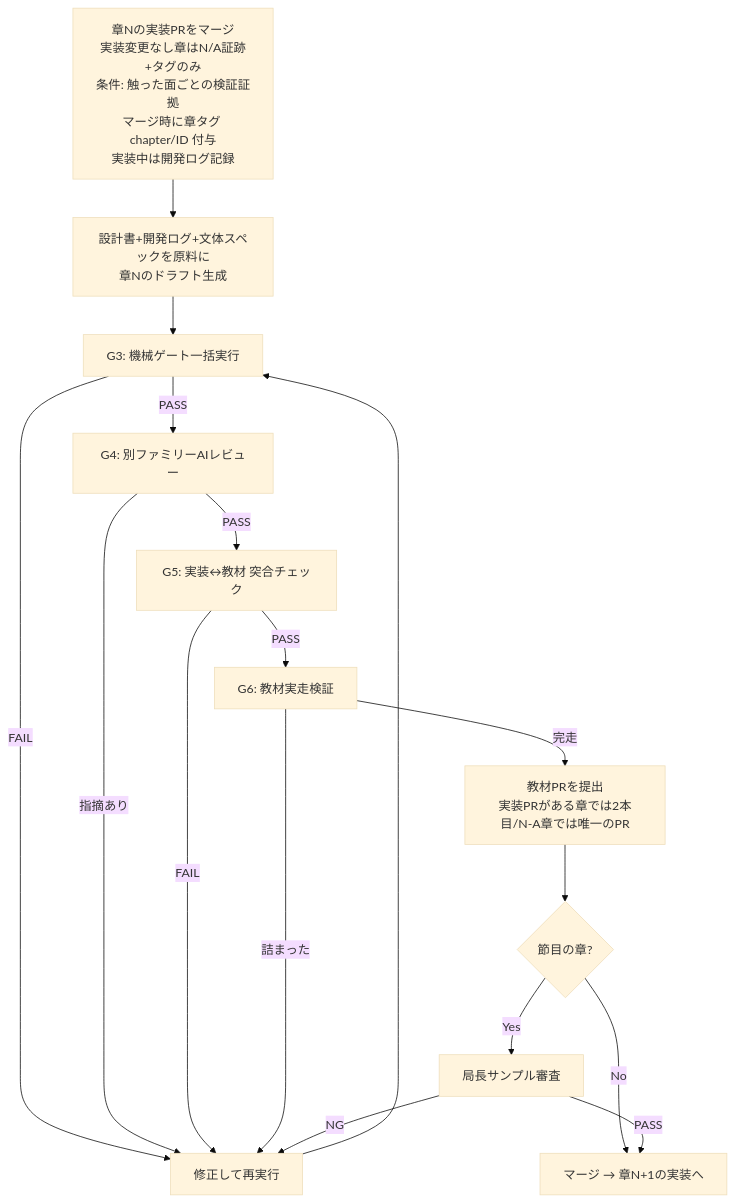
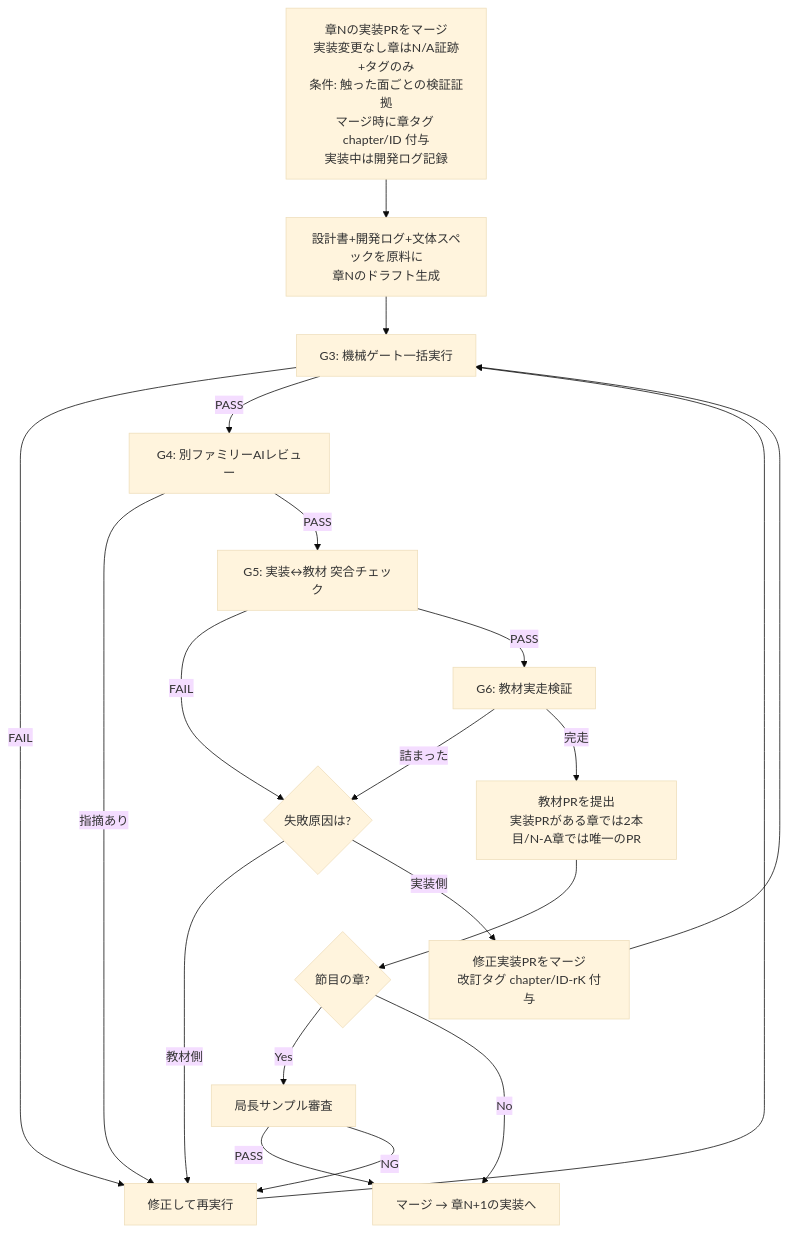
Before and after one commit to kouiso/sns-app: the diagram in material/10_教材制作フロー.md, drawn with Mermaid (base theme). The commit also changed 3 other files, not shown here.

Commit message:
docs: Codex敵対レビューRound 10の2件(M1/m1)を処置(図の原因分岐+分類(c)状態)

````diff
--- a/material/10_教材制作フロー.md
+++ b/material/10_教材制作フロー.md
@@ -128,18 +128,20 @@
 ```mermaid
 flowchart TD
   Z[章Nの実装PRをマージ<br>実装変更なし章はN/A証跡+タグのみ<br>条件: 触った面ごとの検証証拠<br>マージ時に章タグ chapter/ID 付与<br>実装中は開発ログ記録] --> A[設計書+開発ログ+文体スペックを原料に<br>章Nのドラフト生成]
   A --> B[G3: 機械ゲート一括実行]
   B -->|FAIL| A2[修正して再実行] --> B
   B -->|PASS| C[G4: 別ファミリーAIレビュー]
   C -->|指摘あり| A2
   C -->|PASS| D[G5: 実装↔教材 突合チェック]
-  D -->|FAIL| A2
+  D -->|FAIL| Q{失敗原因は?}
   D -->|PASS| D2[G6: 教材実走検証]
-  D2 -->|詰まった| A2
+  D2 -->|詰まった| Q
+  Q -->|教材側| A2
+  Q -->|実装側| Z2[修正実装PRをマージ<br>改訂タグ chapter/ID-rK 付与] --> B
   D2 -->|完走| E[教材PRを提出<br>実装PRがある章では2本目/N-A章では唯一のPR]
   E --> F{節目の章?}
   F -->|Yes| G[局長サンプル審査]
   F -->|No| H[マージ → 章N+1の実装へ]
   G -->|PASS| H
   G -->|NG| A2
 ```
````
